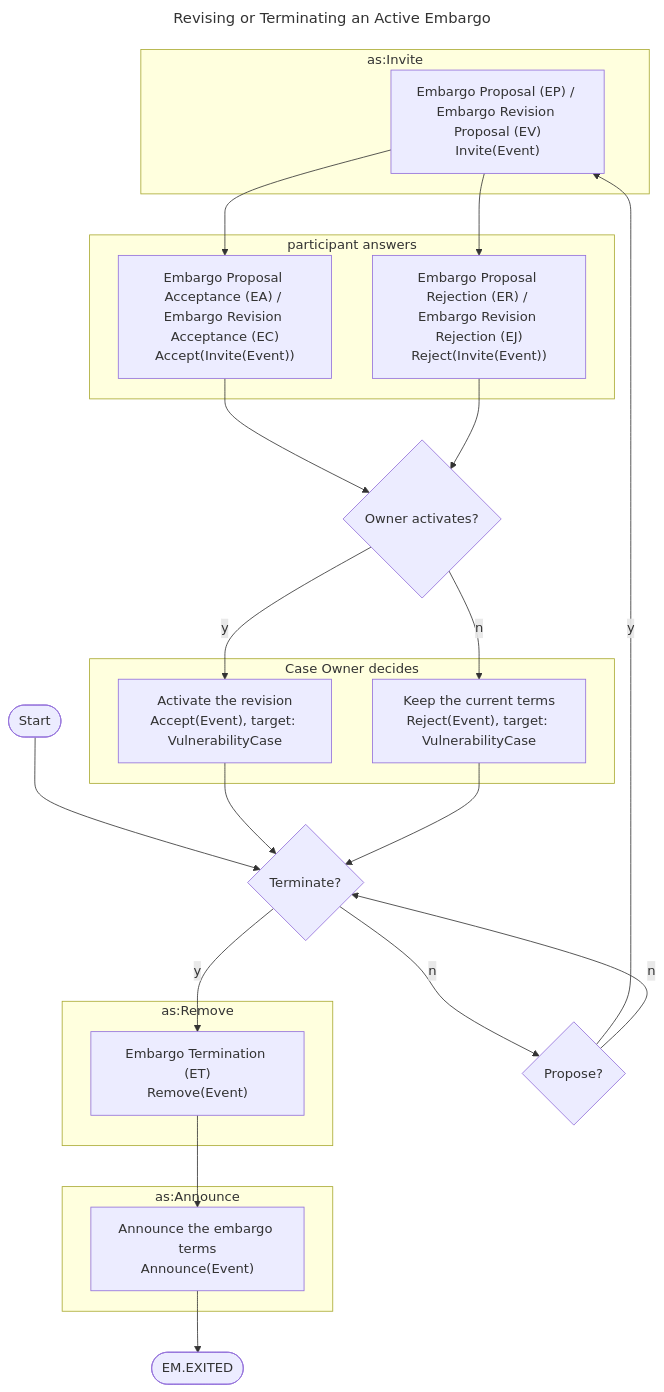
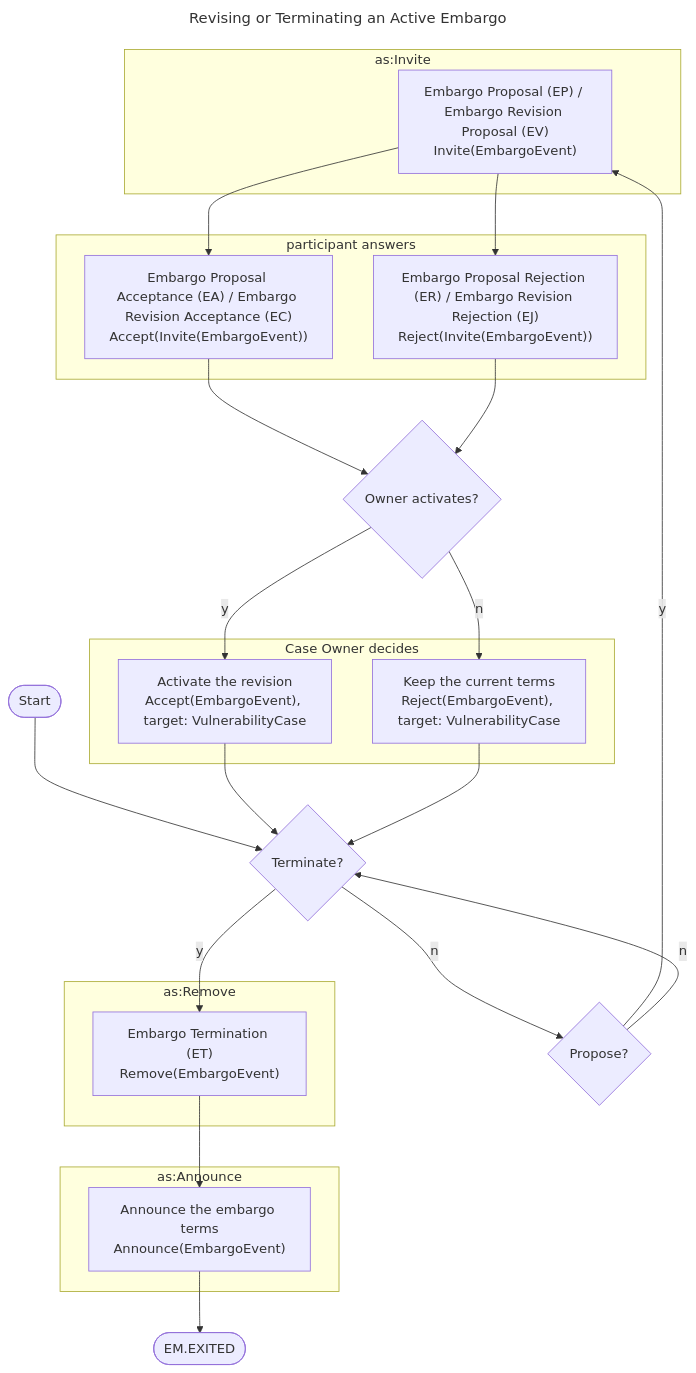
One commit to CERTCC/Vultron changed the diagram in docs/howto/activitypub/activities/manage_embargo.md. Above: the diagram before and after it, drawn with Mermaid. The commit also changed other lines of this file and 54 other files, not shown here.

First line of the commit message:
docs: write the embargo type the sender emits, EmbargoEvent

````diff
--- a/docs/howto/activitypub/activities/manage_embargo.md
+++ b/docs/howto/activitypub/activities/manage_embargo.md
@@ -37,38 +37,38 @@
 ```mermaid
 ---
 title: Revising or Terminating an Active Embargo
 ---
 flowchart TB
     subgraph as:Invite
-        EmProposeEmbargo["Embargo Proposal (EP) / Embargo Revision Proposal (EV)<br/>Invite(Event)"]
+        EmProposeEmbargo["Embargo Proposal (EP) / Embargo Revision Proposal (EV)<br/>Invite(EmbargoEvent)"]
     end
     subgraph participant answers
-        EmAcceptEmbargo["Embargo Proposal Acceptance (EA) / Embargo Revision Acceptance (EC)<br/>Accept(Invite(Event))"]
-        EmRejectEmbargo["Embargo Proposal Rejection (ER) / Embargo Revision Rejection (EJ)<br/>Reject(Invite(Event))"]
+        EmAcceptEmbargo["Embargo Proposal Acceptance (EA) / Embargo Revision Acceptance (EC)<br/>Accept(Invite(EmbargoEvent))"]
+        EmRejectEmbargo["Embargo Proposal Rejection (ER) / Embargo Revision Rejection (EJ)<br/>Reject(Invite(EmbargoEvent))"]
     end
     subgraph Case Owner decides
-        ActivateEmbargo["Activate the revision<br/>Accept(Event), target: VulnerabilityCase"]
-        RejectEmbargoProposal["Keep the current terms<br/>Reject(Event), target: VulnerabilityCase"]
+        ActivateEmbargo["Activate the revision<br/>Accept(EmbargoEvent), target: VulnerabilityCase"]
+        RejectEmbargoProposal["Keep the current terms<br/>Reject(EmbargoEvent), target: VulnerabilityCase"]
     end
     subgraph as:Remove
-        RemoveEmbargoFromCase["Embargo Termination (ET)<br/>Remove(Event)"]
+        RemoveEmbargoFromCase["Embargo Termination (ET)<br/>Remove(EmbargoEvent)"]
     end
     subgraph as:Announce
-        AnnounceEmbargo["Announce the embargo terms<br/>Announce(Event)"]
+        AnnounceEmbargo["Announce the embargo terms<br/>Announce(EmbargoEvent)"]
     end
     start([Start]) --> t{Terminate?}
     t -->|n| p{Propose?}
     p -->|y| EmProposeEmbargo
     p -->|n| t
     EmProposeEmbargo --> EmAcceptEmbargo
     EmProposeEmbargo --> EmRejectEmbargo
     EmAcceptEmbargo --> d{Owner activates?}
     EmRejectEmbargo --> d
     d -->|y| ActivateEmbargo
     d -->|n| RejectEmbargoProposal
     ActivateEmbargo --> t
     RejectEmbargoProposal --> t
     t -->|y| RemoveEmbargoFromCase
     RemoveEmbargoFromCase --> AnnounceEmbargo
     AnnounceEmbargo --> exited([EM.EXITED])
 ```
````
